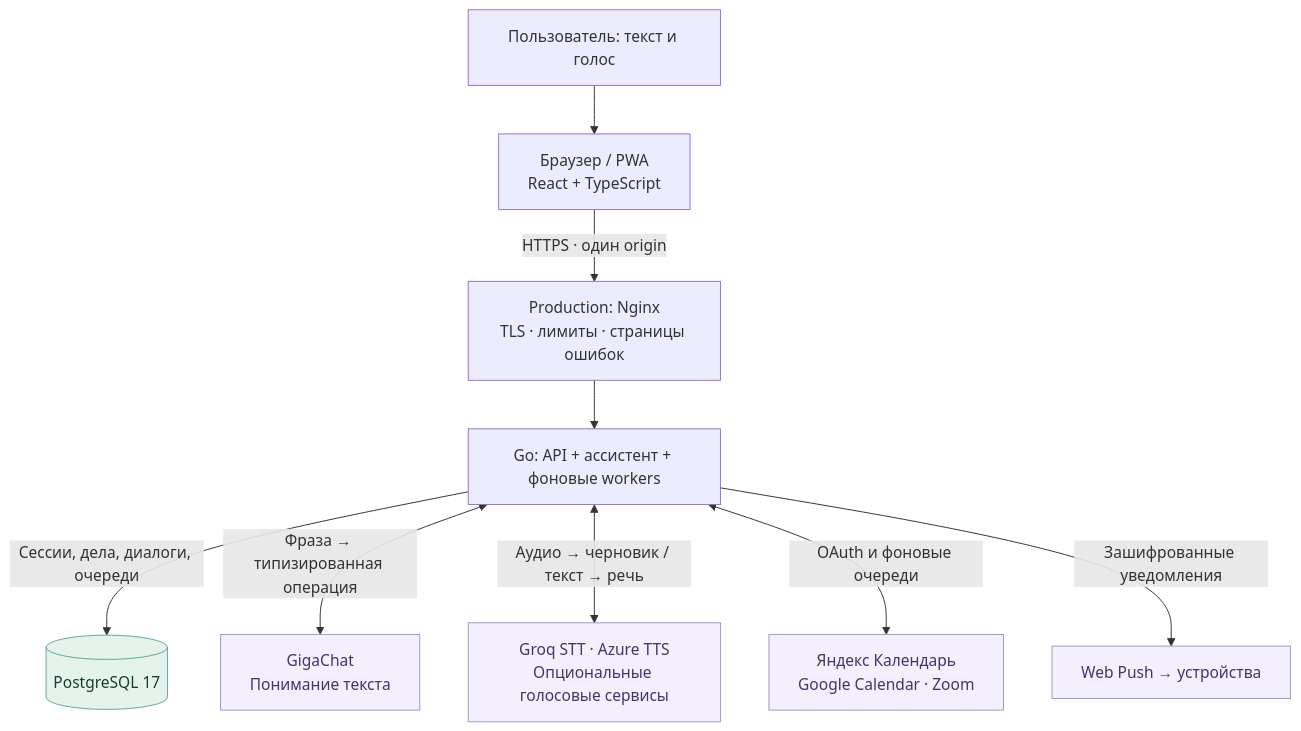
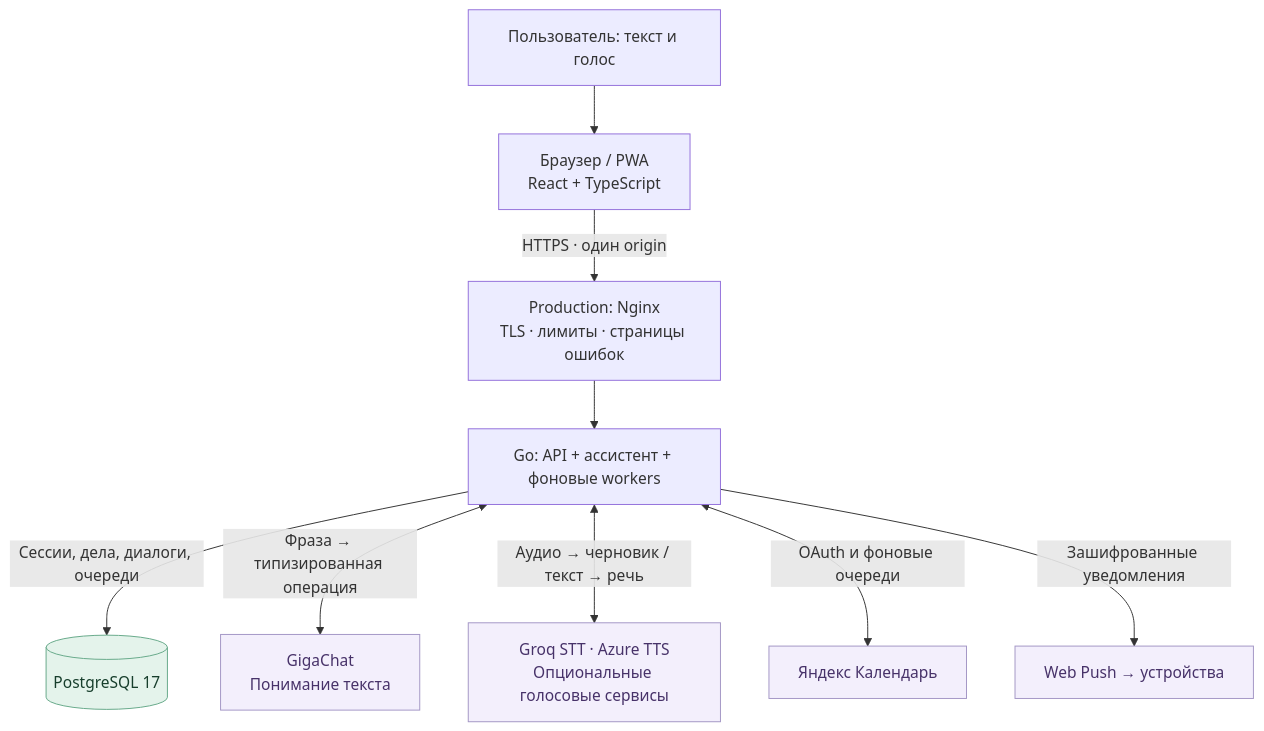
One commit to NIDJEL/assistant-ai changed the diagram in docs/diagrams/architecture.mmd. Above: the diagram before and after it, drawn with Mermaid. The commit also changed 72 other files, not shown here.

Commit message:
Remove unavailable Google Calendar and Zoom integrations from the product

```diff
--- a/docs/diagrams/architecture.mmd
+++ b/docs/diagrams/architecture.mmd
@@ -1,13 +1,13 @@
 flowchart TB
     person["Пользователь: текст и голос"] --> web["Браузер / PWA\nReact + TypeScript"]
     web -->|"HTTPS · один origin"| edge["Production: Nginx\nTLS · лимиты · страницы ошибок"]
     edge --> api["Go: API + ассистент + фоновые workers"]
     api -->|"Сессии, дела, диалоги, очереди"| db[("PostgreSQL 17")]
     api <-->|"Фраза → типизированная операция"| giga["GigaChat\nПонимание текста"]
     api <-->|"Аудио → черновик / текст → речь"| audio["Groq STT · Azure TTS\nОпциональные голосовые сервисы"]
-    api <-->|"OAuth и фоновые очереди"| cloud["Яндекс Календарь\nGoogle Calendar · Zoom"]
+    api <-->|"OAuth и фоновые очереди"| cloud["Яндекс Календарь"]
     api -->|"Зашифрованные уведомления"| push["Web Push → устройства"]
     classDef database fill:#e4f3eb,stroke:#66a989,color:#173e2c
     classDef external fill:#f3effc,stroke:#a396c5,color:#473269
     class db database
     class giga,audio,cloud,push external
```
